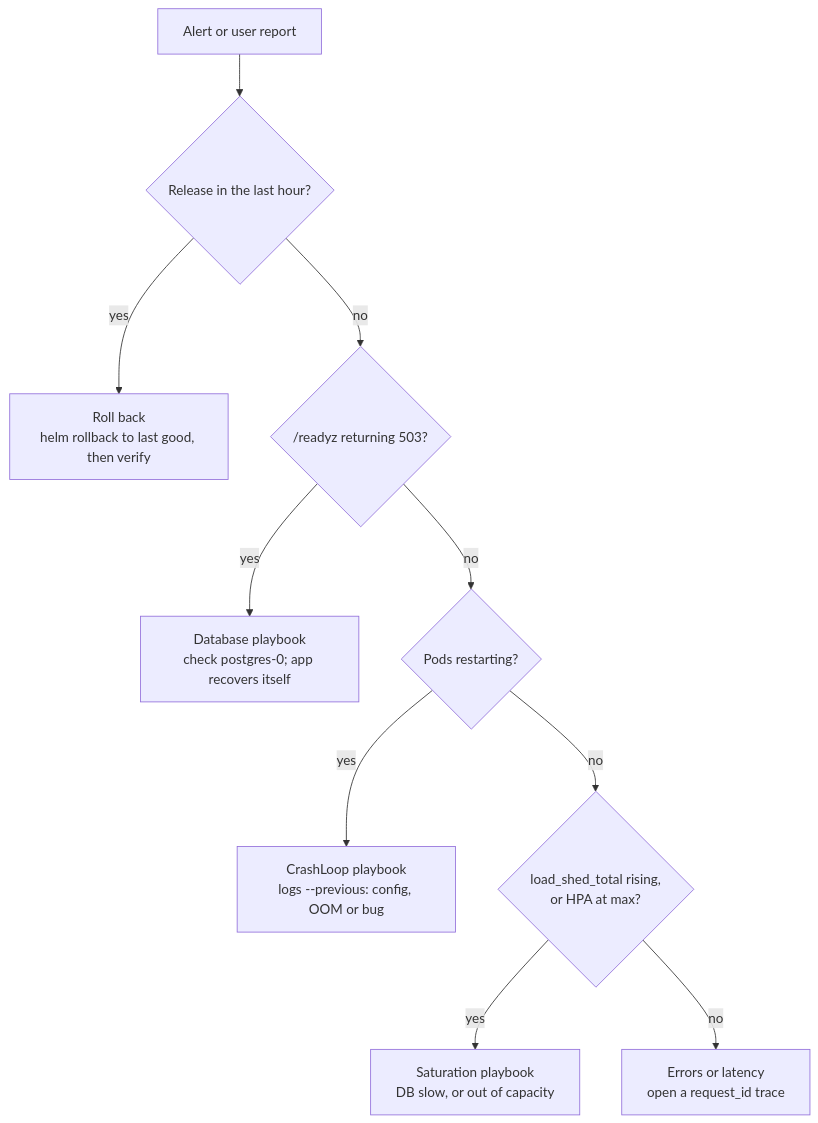
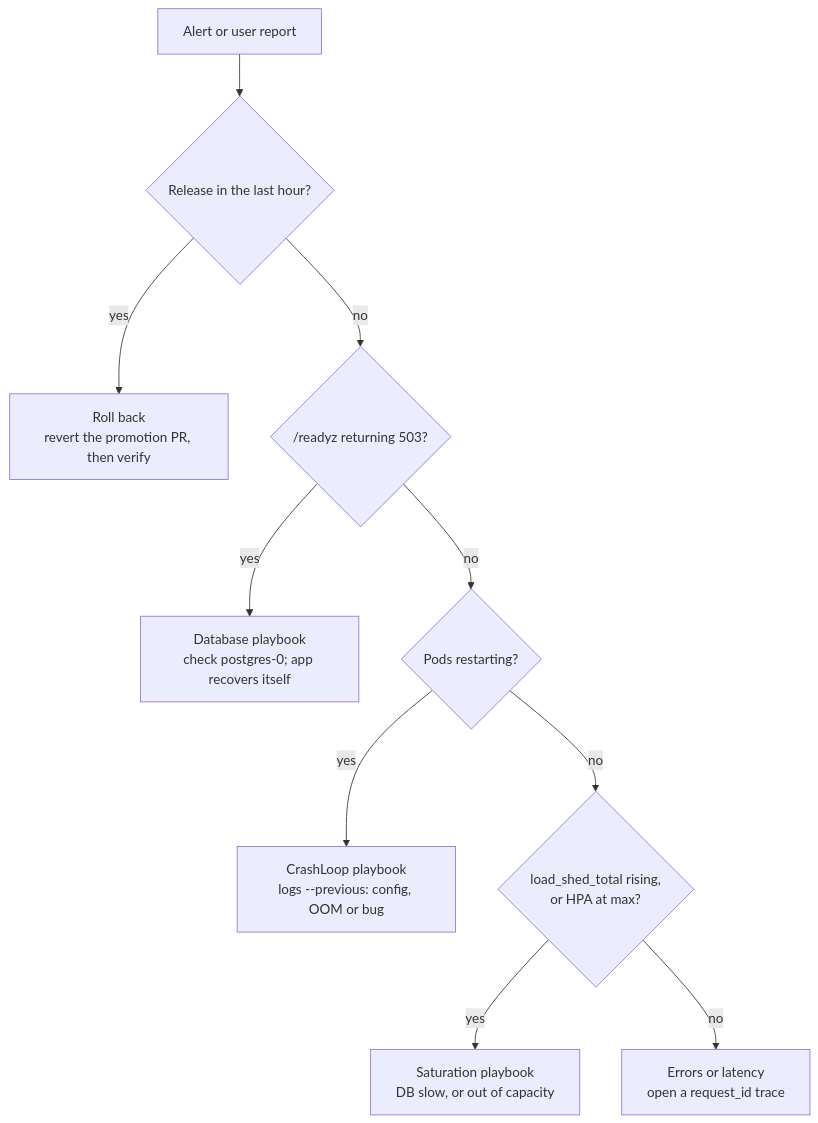
One commit to easypeasyops/links changed the diagram in docs/RUNBOOK.md. Above: the diagram before and after it, drawn with Mermaid. The commit also changed other lines of this file and 17 other files, not shown here.

````diff
--- a/docs/RUNBOOK.md
+++ b/docs/RUNBOOK.md
@@ -329,12 +346,12 @@
 ```mermaid
 flowchart TD
   A[Alert or user report] --> B{Release in the last hour?}
-  B -- yes --> R[Roll back<br/>helm rollback to last good, then verify]
+  B -- yes --> R[Roll back<br/>revert the promotion PR, then verify]
   B -- no --> C{"/readyz returning 503?"}
   C -- yes --> D[Database playbook<br/>check postgres-0; app recovers itself]
   C -- no --> E{Pods restarting?}
   E -- yes --> F[CrashLoop playbook<br/>logs --previous: config, OOM or bug]
   E -- no --> S{"load_shed_total rising,<br/>or HPA at max?"}
   S -- yes --> T[Saturation playbook<br/>DB slow, or out of capacity]
   S -- no --> G[Errors or latency<br/>open a request_id trace]
 ```
````
